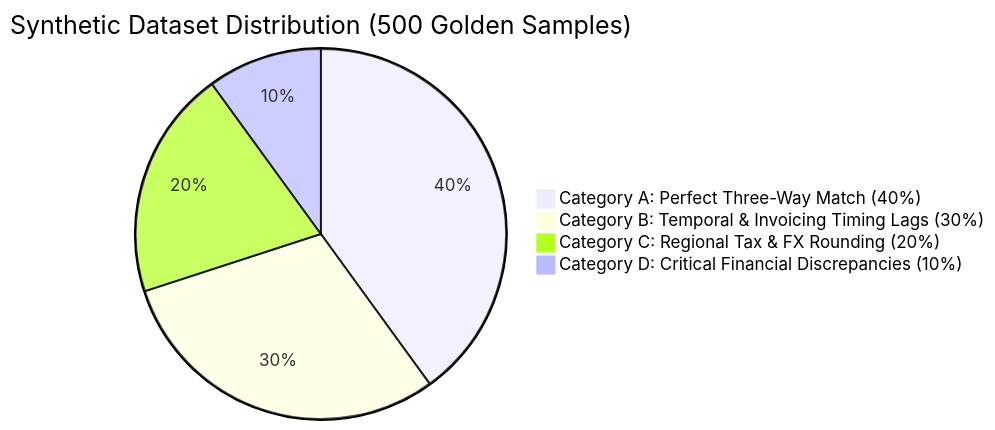
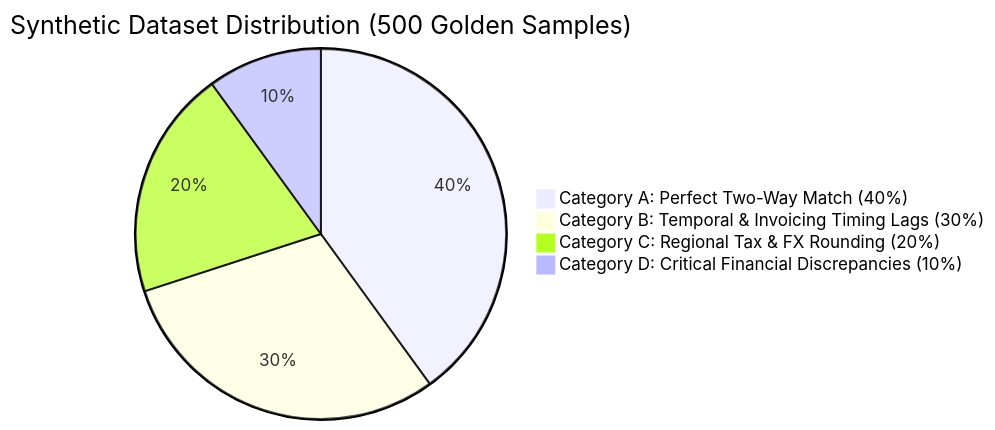
One commit to tiaaburton/Data-Recon-Agent changed the first of 2 diagrams in docs/evaluation_benchmark.md. Above: the diagram before and after it, drawn with Mermaid. The commit also changed other lines of this file and 15 other files, not shown here.

Commit message:
refactor(docs): eliminate SAP and standardize exclusively on 2-way Salesforce-ServiceNow reconciliation across entire architecture

````diff
--- a/docs/evaluation_benchmark.md
+++ b/docs/evaluation_benchmark.md
@@ -11,7 +11,7 @@
 ```mermaid
 pie title Synthetic Dataset Distribution (500 Golden Samples)
-    "Category A: Perfect Three-Way Match (40%)" : 200
+    "Category A: Perfect Two-Way Match (40%)" : 200
     "Category B: Temporal & Invoicing Timing Lags (30%)" : 150
     "Category C: Regional Tax & FX Rounding (20%)" : 100
     "Category D: Critical Financial Discrepancies (10%)" : 50
 ```
````
